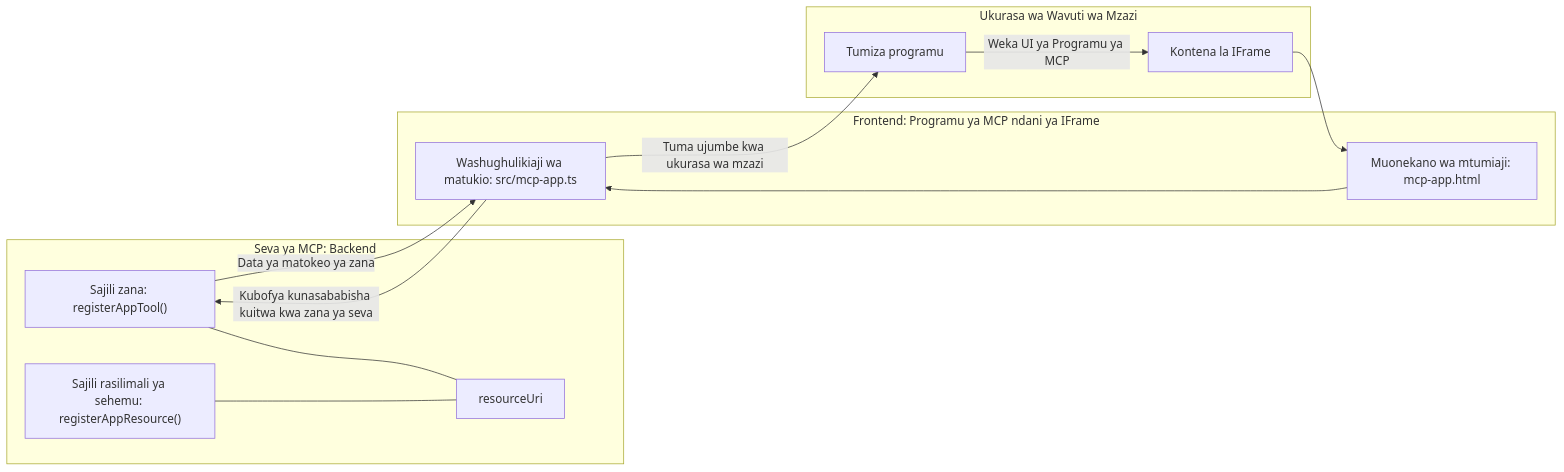
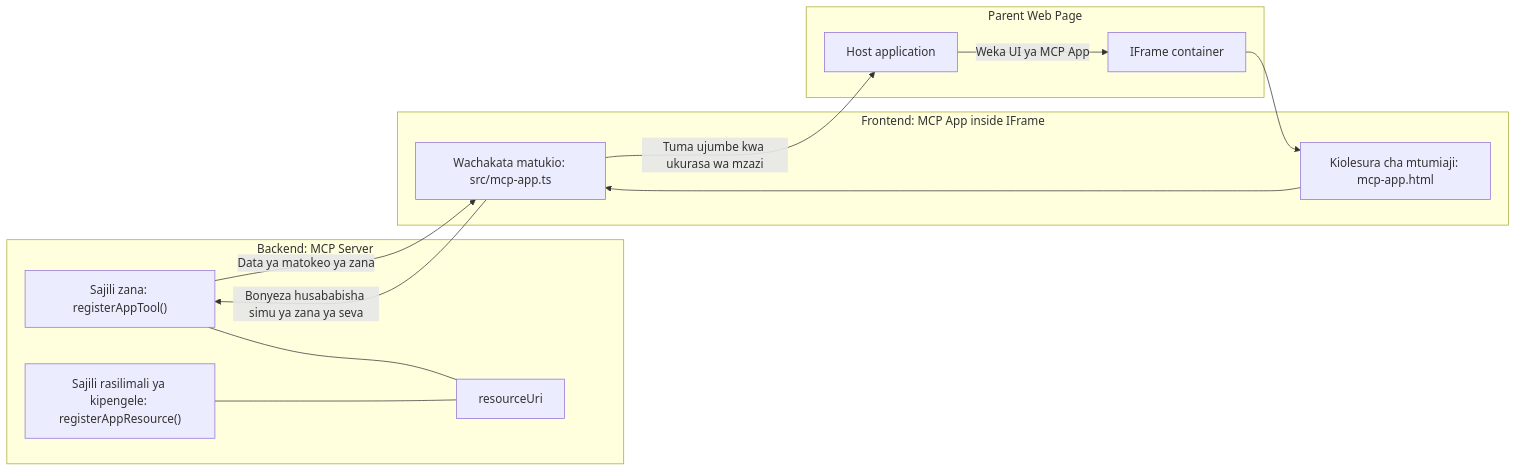
One commit to HIDORAKAI002/ai-workspace-archive changed the diagram in mcp_ecosystem__model_context_protocol/mcp_learning_resources/mcp-for-beginners/translations/sw/03-GettingStarted/15-mcp-apps/README.md. Above: the diagram before and after it, drawn with Mermaid. The commit also changed other lines of this file and 1160 other files, not shown here.

````diff
--- a/mcp_ecosystem__model_context_protocol/mcp_learning_resources/mcp-for-beginners/translations/sw/03-GettingStarted/15-mcp-apps/README.md
+++ b/mcp_ecosystem__model_context_protocol/mcp_learning_resources/mcp-for-beginners/translations/sw/03-GettingStarted/15-mcp-apps/README.md
@@ -32,27 +32,27 @@
 ```mermaid
 flowchart LR
-  subgraph Backend[Seva ya MCP: Backend]
+  subgraph Backend[Backend: MCP Server]
     T["Sajili zana: registerAppTool()"]
-    C["Sajili rasilimali ya sehemu: registerAppResource()"]
+    C["Sajili rasilimali ya kipengele: registerAppResource()"]
     U[resourceUri]
     T --- U
     C --- U
   end
 
-  subgraph Parent[Ukurasa wa Wavuti wa Mzazi]
-    H[Tumiza programu]
-    IFRAME[Kontena la IFrame]
-    H -->|Weka UI ya Programu ya MCP| IFRAME
+  subgraph Parent[Parent Web Page]
+    H[Host application]
+    IFRAME[IFrame container]
+    H -->|Weka UI ya MCP App| IFRAME
   end
 
-  subgraph Frontend[Frontend: Programu ya MCP ndani ya IFrame]
-    UI["Muonekano wa mtumiaji: mcp-app.html"]
-    EH["Washughulikiaji wa matukio: src/mcp-app.ts"]
+  subgraph Frontend[Frontend: MCP App inside IFrame]
+    UI["Kiolesura cha mtumiaji: mcp-app.html"]
+    EH["Wachakata matukio: src/mcp-app.ts"]
     UI --> EH
   end
 
   IFRAME --> UI
-  EH -->|Kubofya kunasababisha kuitwa kwa zana ya seva| T
+  EH -->|Bonyeza husababisha simu ya zana ya seva| T
   T -->|Data ya matokeo ya zana| EH
   EH -->|Tuma ujumbe kwa ukurasa wa mzazi| H
 ```
````
